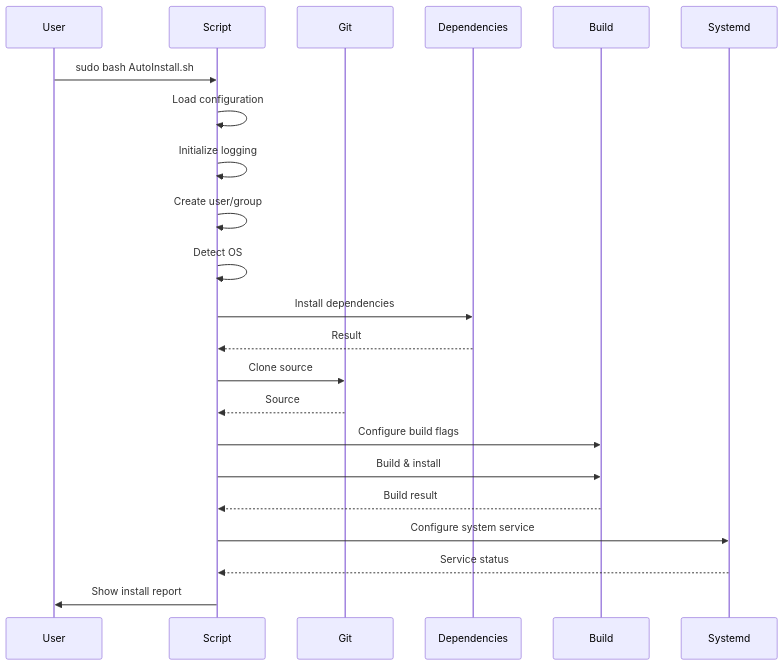
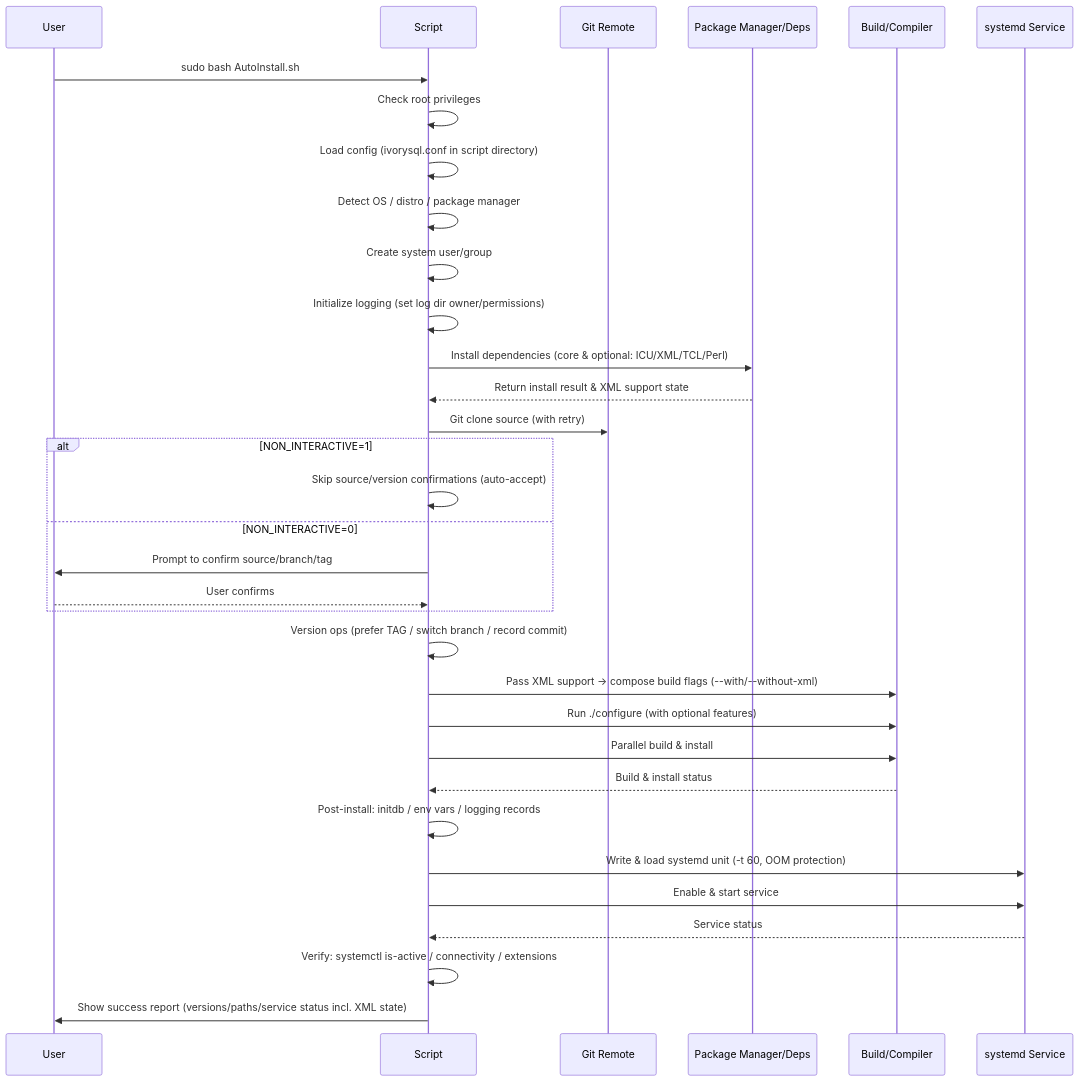
Before and after one commit to yangchunwanwusheng/IvorySQL-AutoInstaller: the second of 4 diagrams in README.md, drawn with Mermaid. The commit also changed other lines of this file, not shown here.

````diff
--- a/README.md
+++ b/README.md
@@ -499,25 +517,41 @@
 ```mermaid
 sequenceDiagram
     participant U as User
     participant S as Script
-    participant G as Git
-    participant D as Dependencies
-    participant C as Build
-    participant Sys as Systemd
+    participant G as Git Remote
+    participant D as Package Manager/Deps
+    participant C as Build/Compiler
+    participant Sys as systemd Service
 
     U->>S: sudo bash AutoInstall.sh
-    S->>S: Load configuration
-    S->>S: Initialize logging
-    S->>S: Create user/group
-    S->>S: Detect OS
-    S->>D: Install dependencies
-    D-->>S: Result
-    S->>G: Clone source
-    G-->>S: Source
-    S->>C: Configure build flags
-    S->>C: Build & install
-    C-->>S: Build result
-    S->>Sys: Configure system service
+    S->>S: Check root privileges
+    S->>S: Load config (ivorysql.conf in script directory)
+    S->>S: Detect OS / distro / package manager
+    S->>S: Create system user/group
+    S->>S: Initialize logging (set log dir owner/permissions)
+    S->>D: Install dependencies (core & optional: ICU/XML/TCL/Perl)
+    D-->>S: Return install result & XML support state
+
+    S->>G: Git clone source (with retry)
+    alt NON_INTERACTIVE=1
+        S->>S: Skip source/version confirmations (auto-accept)
+    else NON_INTERACTIVE=0
+        S->>U: Prompt to confirm source/branch/tag
+        U-->>S: User confirms
+    end
+
+    S->>S: Version ops (prefer TAG / switch branch / record commit)
+    S->>C: Pass XML support → compose build flags (--with/--without-xml)
+    S->>C: Run ./configure (with optional features)
+    S->>C: Parallel build & install
+    C-->>S: Build & install status
+
+    S->>S: Post-install: initdb / env vars / logging records
+    S->>Sys: Write & load systemd unit (-t 60, OOM protection)
+    S->>Sys: Enable & start service
     Sys-->>S: Service status
-    S->>U: Show install report
+
+    S->>S: Verify: systemctl is-active / connectivity / extensions
+    S->>U: Show success report (versions/paths/service status incl. XML state)
+
 ```
````
